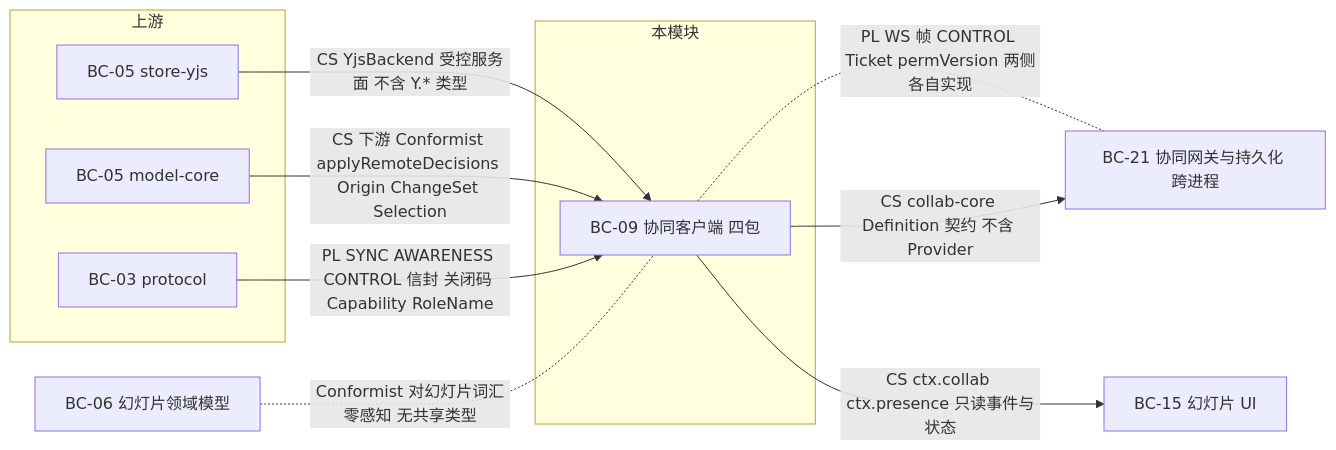
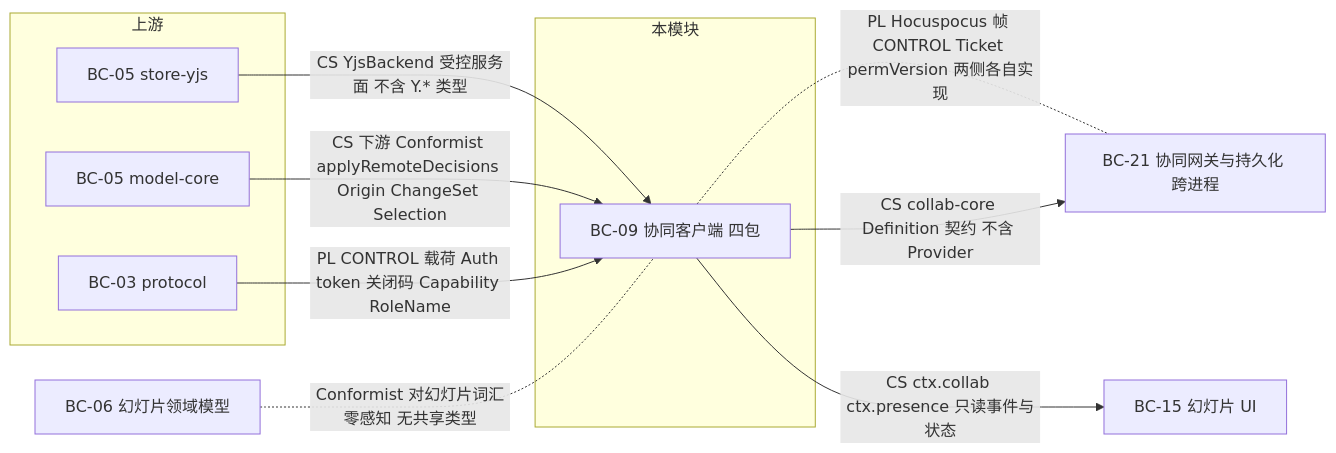
Before and after one commit to Xeonice/cordis-ppt-editor: the second of 6 diagrams in docs/40-modules/05-collaboration-client.md, drawn with Mermaid. The commit also changed other lines of this file and 78 other files, not shown here.

````diff
--- a/docs/40-modules/05-collaboration-client.md
+++ b/docs/40-modules/05-collaboration-client.md
@@ -88,21 +91,21 @@
 ```mermaid
 flowchart LR
 subgraph up["上游"]
 storeYjs["BC-05 store-yjs"]
 modelCore["BC-05 model-core"]
 protocol["BC-03 protocol"]
 end
 subgraph mod["本模块"]
 collab["BC-09 协同客户端 四包"]
 end
 bc21["BC-21 协同网关与持久化 跨进程"]
 bc15["BC-15 幻灯片 UI"]
 bc06["BC-06 幻灯片领域模型"]
 storeYjs -- "CS YjsBackend 受控服务面 不含 Y.* 类型" --> collab
 modelCore -- "CS 下游 Conformist applyRemoteDecisions Origin ChangeSet Selection" --> collab
-protocol -- "PL SYNC AWARENESS CONTROL 信封 关闭码 Capability RoleName" --> collab
-collab -. "PL WS 帧 CONTROL Ticket permVersion 两侧各自实现" .- bc21
+protocol -- "PL CONTROL 载荷 Auth token 关闭码 Capability RoleName" --> collab
+collab -. "PL Hocuspocus 帧 CONTROL Ticket permVersion 两侧各自实现" .- bc21
 collab -- "CS collab-core Definition 契约 不含 Provider" --> bc21
 collab -- "CS ctx.collab ctx.presence 只读事件与状态" --> bc15
 bc06 -. "Conformist 对幻灯片词汇零感知 无共享类型" .- collab
 ```
````
